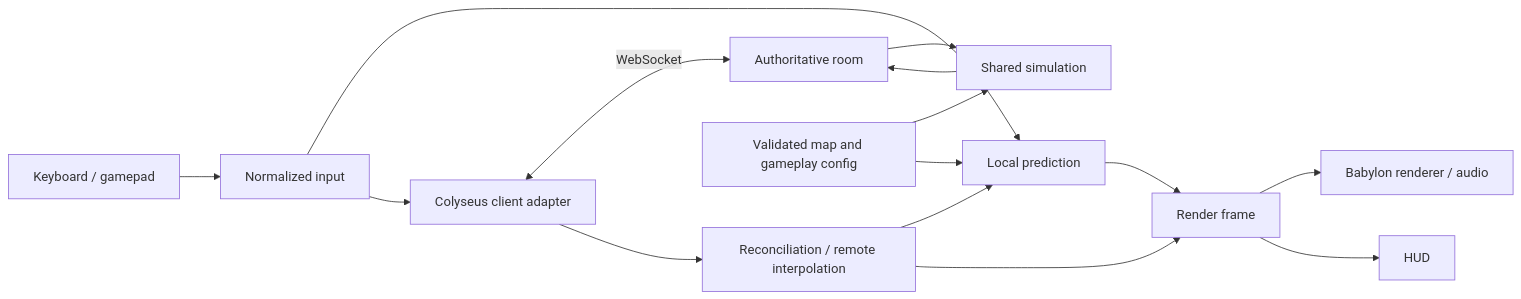
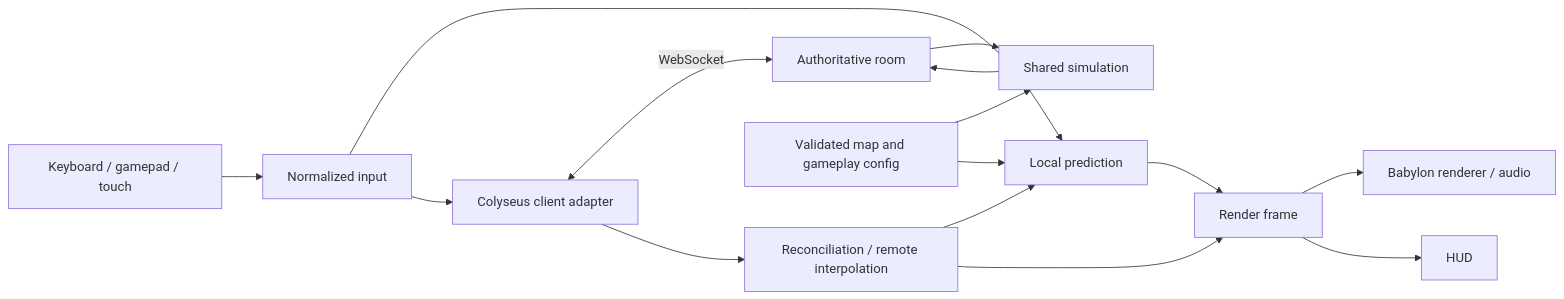
One commit to lbsa71/fender_offenders changed the diagram in spec/ARCHITECTURE.md. Above: the diagram before and after it, drawn with Mermaid. The commit also changed other lines of this file and 22 other files, not shown here.

First line of the commit message:
Add generic touch controls and persisted input selection

````diff
--- a/spec/ARCHITECTURE.md
+++ b/spec/ARCHITECTURE.md
@@ -11,17 +11,17 @@
 ```mermaid
 flowchart LR
-  Devices[Keyboard / gamepad] --> Input[Normalized input]
+  Devices[Keyboard / gamepad / touch] --> Input[Normalized input]
   Input --> Local[Local prediction]
   Local --> View[Render frame]
   View --> Babylon[Babylon renderer / audio]
   View --> HUD[HUD]
   Input --> Net[Colyseus client adapter]
   Net <-->|WebSocket| Room[Authoritative room]
   Room --> Sim[Shared simulation]
   Sim --> Room
   Net --> Reconcile[Reconciliation / remote interpolation]
   Reconcile --> Local
   Reconcile --> View
   Map[Validated map and gameplay config] --> Sim
   Map --> Local
 ```
````
